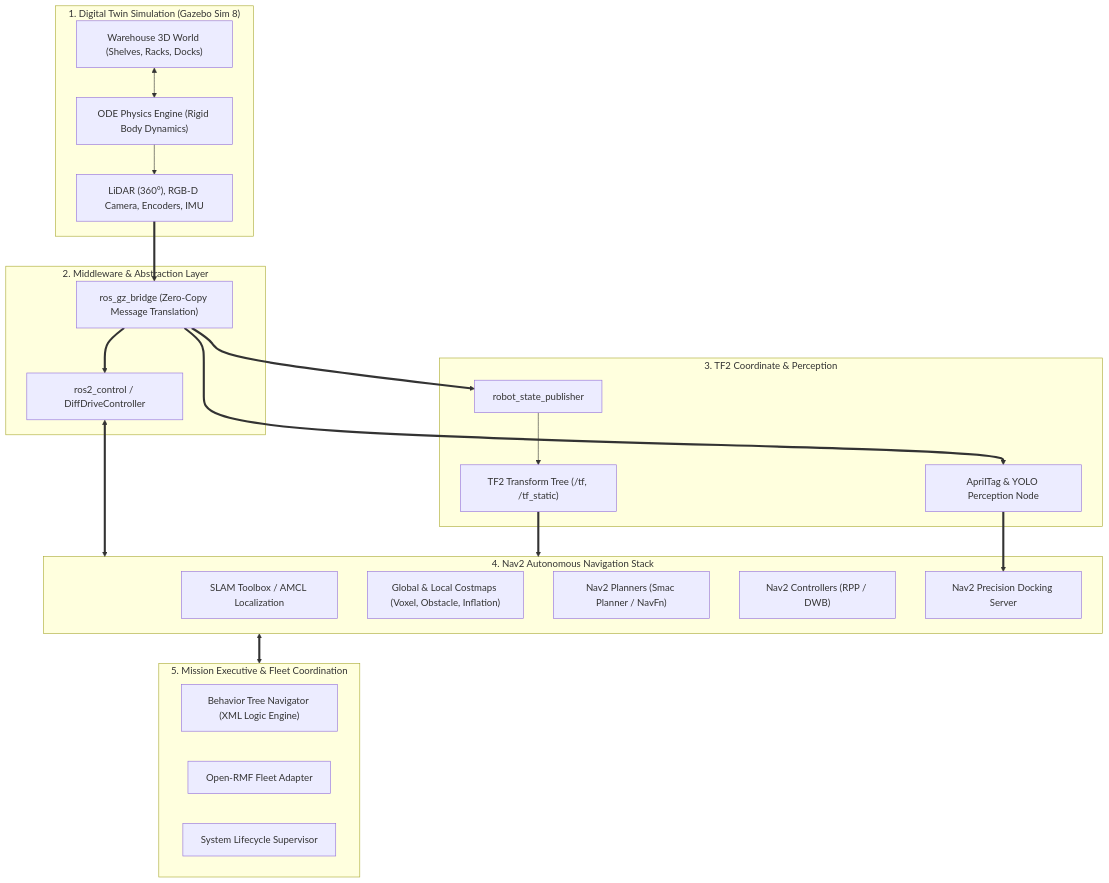
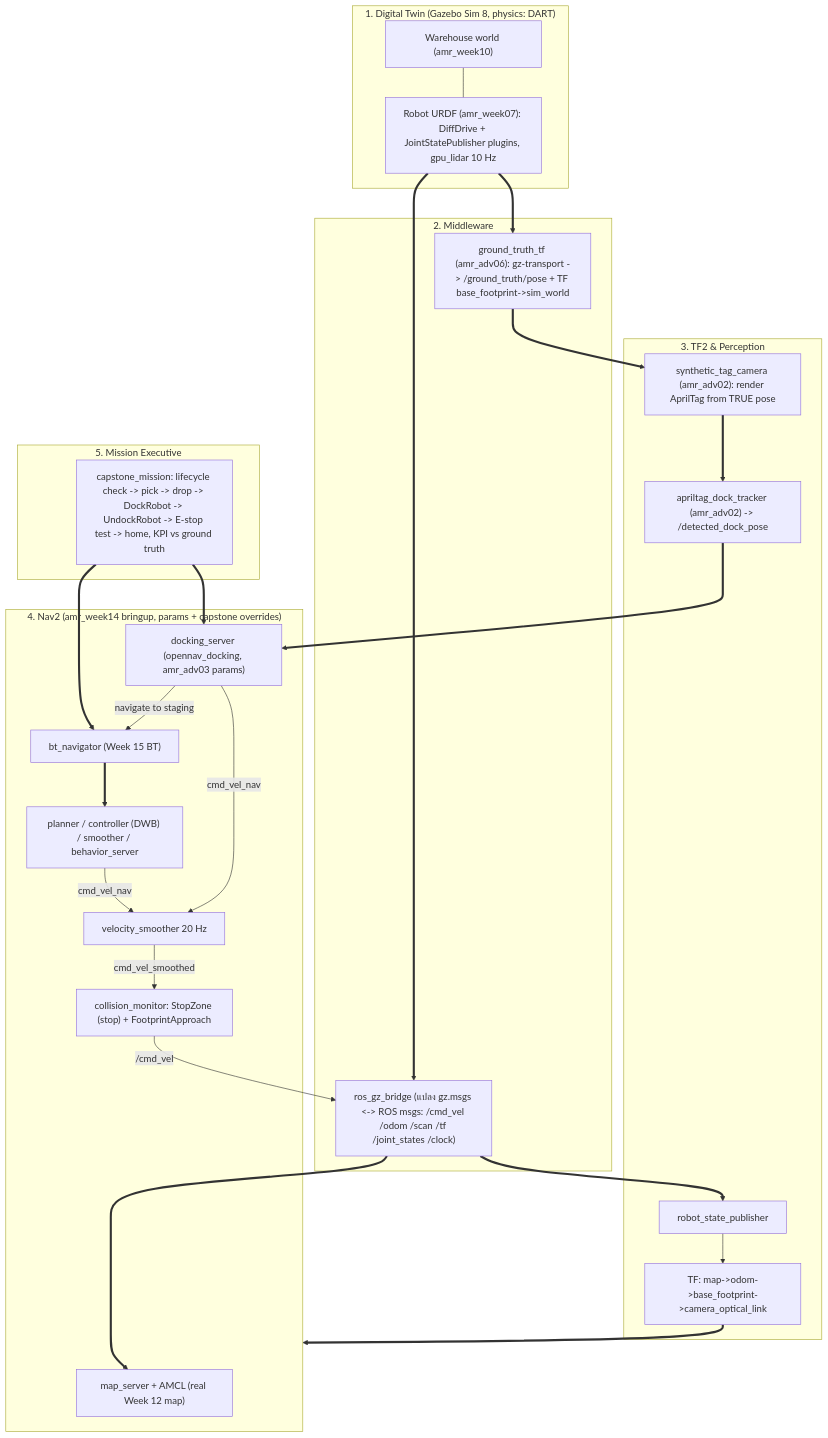
Before and after one commit to alfaXphoori/ros2: the first of 2 diagrams in Advanced_ROS/06_Capstone_Project/Readme.md, drawn with Mermaid. The commit also changed other lines of this file and 425 other files, not shown here.

First line of the commit message:
feat: make every lab a tested ROS 2 package with real run results

````diff
--- a/Advanced_ROS/06_Capstone_Project/Readme.md
+++ b/Advanced_ROS/06_Capstone_Project/Readme.md
@@ -20,43 +22,48 @@
 ```mermaid
 flowchart TD
-    subgraph Gazebo_Harmonic ["1. Digital Twin Simulation (Gazebo Sim 8)"]
-        World["Warehouse 3D World (Shelves, Racks, Docks)"]
-        Physics["ODE Physics Engine (Rigid Body Dynamics)"]
-        Sensors["LiDAR (360°), RGB-D Camera, Encoders, IMU"]
+    subgraph Gazebo_Harmonic ["1. Digital Twin (Gazebo Sim 8, physics: DART)"]
+        World["Warehouse world (amr_week10)"]
+        Robot["Robot URDF (amr_week07): DiffDrive + JointStatePublisher plugins, gpu_lidar 10 Hz"]
     end
 
-    subgraph Middleware_Bridge ["2. Middleware & Abstraction Layer"]
-        Bridge["ros_gz_bridge (Zero-Copy Message Translation)"]
-        Control["ros2_control / DiffDriveController"]
+    subgraph Middleware_Bridge ["2. Middleware"]
+        Bridge["ros_gz_bridge (แปลง gz.msgs <-> ROS msgs: /cmd_vel /odom /scan /tf /joint_states /clock)"]
+        GT["ground_truth_tf (amr_adv06): gz-transport -> /ground_truth/pose + TF base_footprint->sim_world"]
     end
 
-    subgraph Core_Perception ["3. TF2 Coordinate & Perception"]
-        RSP["robot_state_publisher"] --> TF["TF2 Transform Tree (/tf, /tf_static)"]
-        CamNode["AprilTag & YOLO Perception Node"]
+    subgraph Perception ["3. TF2 & Perception"]
+        RSP["robot_state_publisher"] --> TF["TF: map->odom->base_footprint->camera_optical_link"]
+        Cam["synthetic_tag_camera (amr_adv02): render AprilTag from TRUE pose"]
+        Tracker["apriltag_dock_tracker (amr_adv02) -> /detected_dock_pose"]
     end
 
-    subgraph Autonomous_Navigation ["4. Nav2 Autonomous Navigation Stack"]
-        SLAM["SLAM Toolbox / AMCL Localization"]
-        Costmaps["Global & Local Costmaps (Voxel, Obstacle, Inflation)"]
-        Planner["Nav2 Planners (Smac Planner / NavFn)"]
-        Controller["Nav2 Controllers (RPP / DWB)"]
-        Docking["Nav2 Precision Docking Server"]
+    subgraph Nav2 ["4. Nav2 (amr_week14 bringup, params + capstone overrides)"]
+        AMCL["map_server + AMCL (real Week 12 map)"]
+        BT["bt_navigator (Week 15 BT)"]
+        Ctrl["planner / controller (DWB) / smoother / behavior_server"]
+        Dock["docking_server (opennav_docking, amr_adv03 params)"]
+        VS["velocity_smoother 20 Hz"]
+        CM["collision_monitor: StopZone (stop) + FootprintApproach"]
     end
 
-    subgraph Mission_Executive ["5. Mission Executive & Fleet Coordination"]
-        BT["Behavior Tree Navigator (XML Logic Engine)"]
-        FleetAdapter["Open-RMF Fleet Adapter"]
-        Lifecycle["System Lifecycle Supervisor"]
+    subgraph Mission ["5. Mission Executive"]
+        Exec["capstone_mission: lifecycle check -> pick -> drop -> DockRobot -> UndockRobot -> E-stop test -> home, KPI vs ground truth"]
     end
 
-    World <--> Physics
-    Physics --> Sensors
-    Sensors ==> Bridge
+    World --- Robot
+    Robot ==> Bridge
+    Robot ==> GT
     Bridge ==> RSP
-    Bridge ==> Control
-    Bridge ==> CamNode
-    Control <==> Autonomous_Navigation
-    CamNode ==> Docking
-    TF ==> Autonomous_Navigation
-    Autonomous_Navigation <==> Mission_Executive
+    Bridge ==> AMCL
+    GT ==> Cam
+    Cam ==> Tracker ==> Dock
+    TF ==> Nav2
+    Exec ==> BT
+    Exec ==> Dock
+    BT ==> Ctrl
+    Dock -- "navigate to staging" --> BT
+    Ctrl -- cmd_vel_nav --> VS
+    Dock -- cmd_vel_nav --> VS
+    VS -- cmd_vel_smoothed --> CM
+    CM -- "/cmd_vel" --> Bridge
 ```
````
